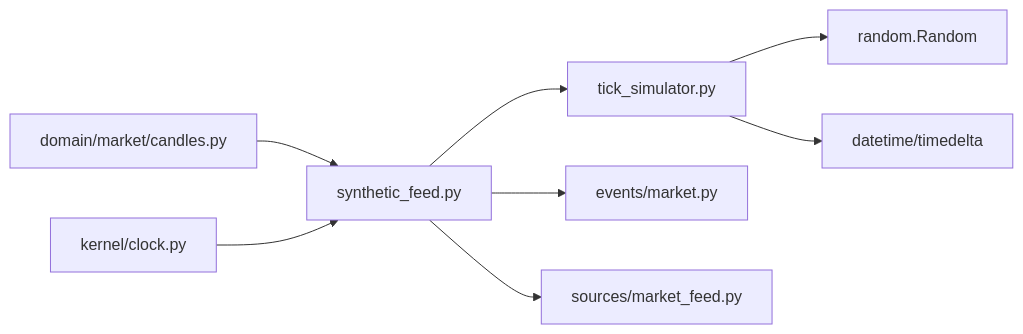
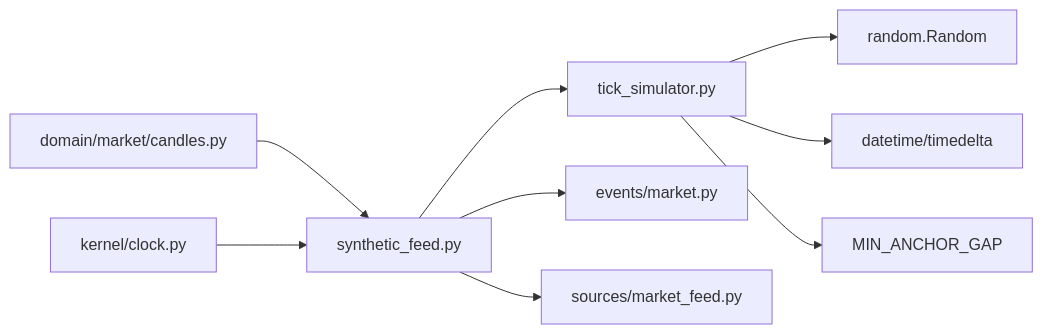
One commit to Ganesh-Kusundal/nTrade changed the sixth of 6 diagrams in .qoder/repowiki/en/content/Backtesting & Simulation/Tick Simulator.md. Above: the diagram before and after it, drawn with Mermaid. The commit also changed other lines of this file and 203 other files, not shown here.

````diff
--- a/.qoder/repowiki/en/content/Backtesting & Simulation/Tick Simulator.md
+++ b/.qoder/repowiki/en/content/Backtesting & Simulation/Tick Simulator.md
@@ -257,10 +332,11 @@
 ```mermaid
 graph LR
 TS["tick_simulator.py"] --> RNG["random.Random"]
 TS --> DT["datetime/timedelta"]
+TS --> MIN_GAP["MIN_ANCHOR_GAP"]
 SF["synthetic_feed.py"] --> TS
 SF --> ME["events/market.py"]
 SF --> MF["sources/market_feed.py"]
 CS["domain/market/candles.py"] --> SF
 CLK["kernel/clock.py"] --> SF
 ```
````
